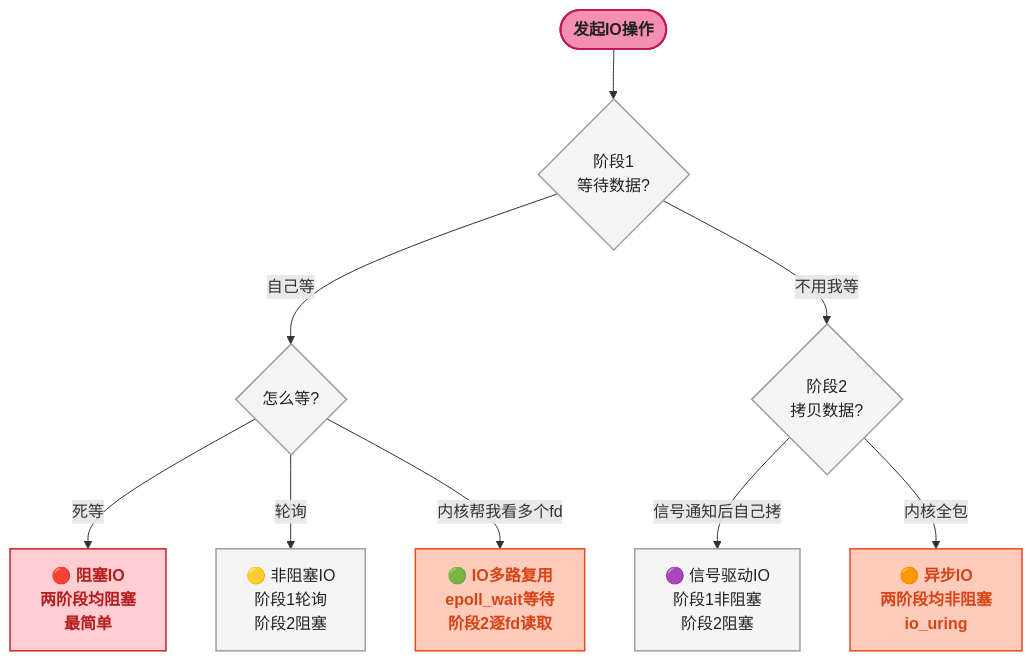
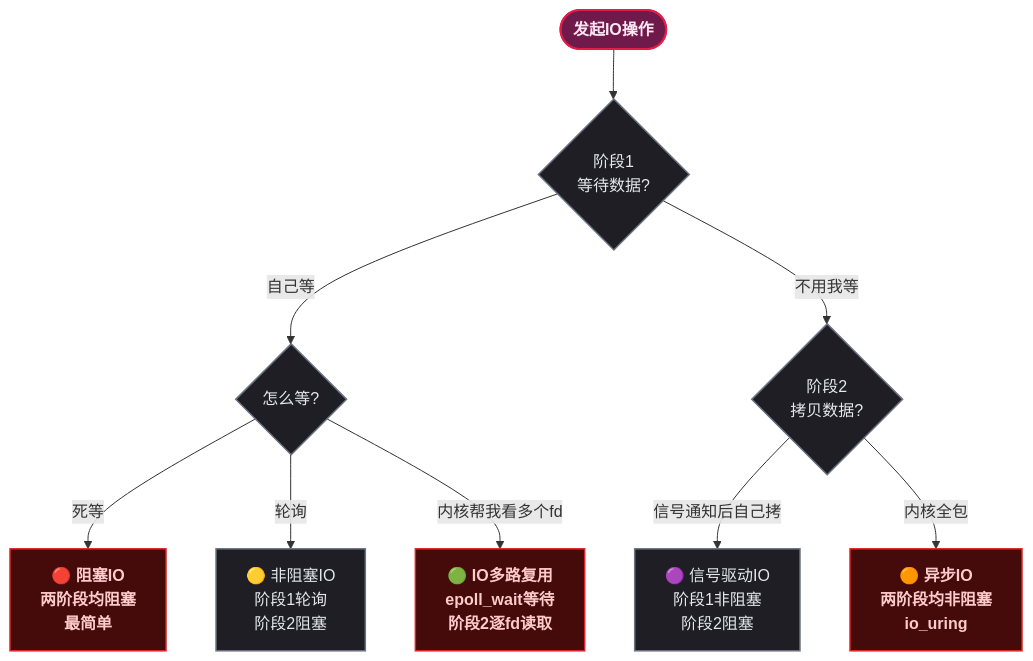
One commit to yaocat55/yaocat55.github.io changed the ninth of 9 diagrams in content/posts/io/LinuxIOModels.md. Above: the diagram before and after it, drawn with Mermaid. The commit also changed other lines of this file and 155 other files, not shown here.

````diff
--- a/content/posts/io/LinuxIOModels.md
+++ b/content/posts/io/LinuxIOModels.md
@@ -564,31 +564,31 @@
 ```mermaid
 flowchart TD
     %% ==========================================
     %% 五大模型阶段对比
     %% ==========================================
-    classDef startEnd fill:#F48FB1,stroke:#C2185B,stroke-width:2px,color:#212121,font-weight:bold;
-    classDef process fill:#F5F5F5,stroke:#9E9E9E,stroke-width:1.5px,color:#212121;
-    classDef highlight fill:#FFCCBC,stroke:#E64A19,stroke-width:1.5px,color:#D84315,font-weight:bold;
-    classDef block fill:#FFCDD2,stroke:#C62828,stroke-width:1.5px,color:#B71C1C,font-weight:bold;
-    classDef nblock fill:#C8E6C9,stroke:#388E3C,stroke-width:1.5px,color:#1B5E20,font-weight:bold;
+classDef startEnd fill:#701a4c,stroke:#e11d48,stroke-width:2px,color:#fce7f3,font-weight:bold;
+classDef process fill:#1e1e24,stroke:#6b7280,stroke-width:1.5px,color:#e5e7eb;
+classDef highlight fill:#450a0a,stroke:#dc2626,stroke-width:1.5px,color:#fecaca,font-weight:bold;
+classDef block fill:#450a0a,stroke:#dc2626,stroke-width:1.5px,color:#fecaca,font-weight:bold;
+classDef nblock fill:#052e16,stroke:#16a34a,stroke-width:1.5px,color:#bbf7d0,font-weight:bold;
 
     %% ==========================================
     %% 决策树
     %% ==========================================
     START([发起IO操作]) --> Q1{阶段1\n等待数据?}
 
     Q1 -- 自己等 --> Q1A{怎么等?}
     Q1A -->|"死等"| B_IO["🔴 阻塞IO\n两阶段均阻塞\n最简单"]
     Q1A -->|"轮询"| NB_IO["🟡 非阻塞IO\n阶段1轮询\n阶段2阻塞"]
     Q1A -->|"内核帮我看多个fd"| MP_IO["🟢 IO多路复用\nepoll_wait等待\n阶段2逐fd读取"]
 
     Q1 -- 不用我等 --> Q1B{阶段2\n拷贝数据?}
     Q1B -->|"信号通知后自己拷"| SIG_IO["🟣 信号驱动IO\n阶段1非阻塞\n阶段2阻塞"]
     Q1B -->|"内核全包"| AIO["🟠 异步IO\n两阶段均非阻塞\nio_uring"]
 
     class START startEnd;
     class Q1,Q1A,Q1B process;
     class B_IO block;
     class NB_IO,SIG_IO process;
     class MP_IO,AIO highlight;
 ```
````
